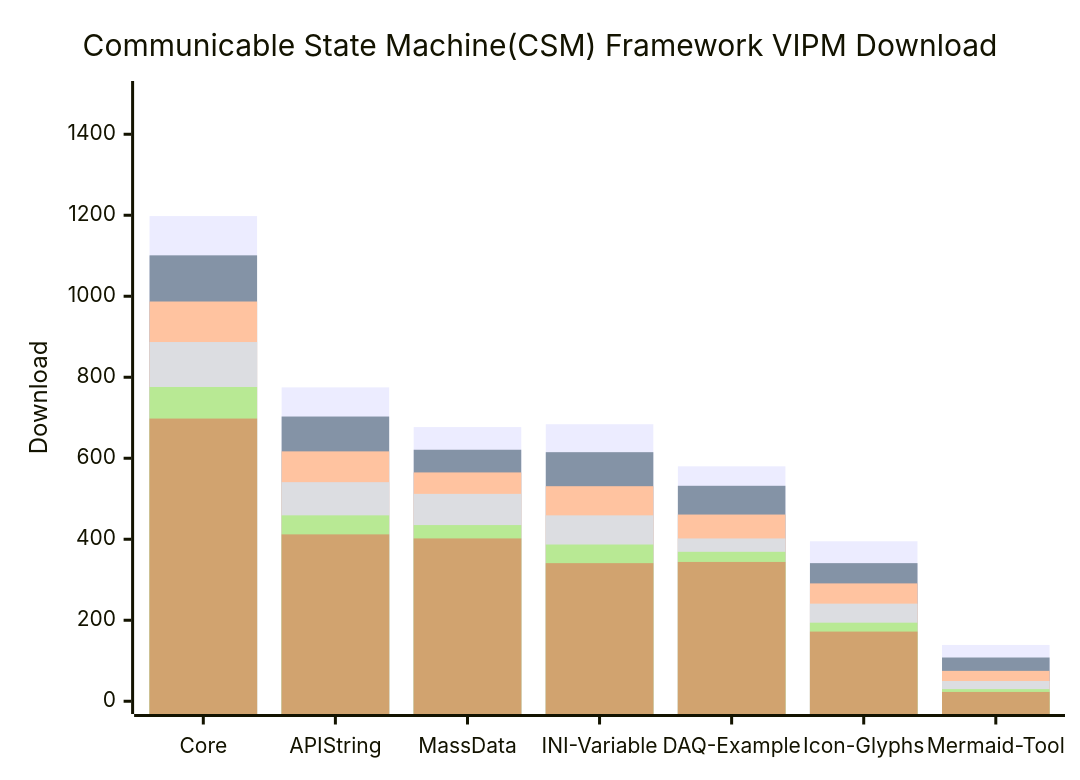
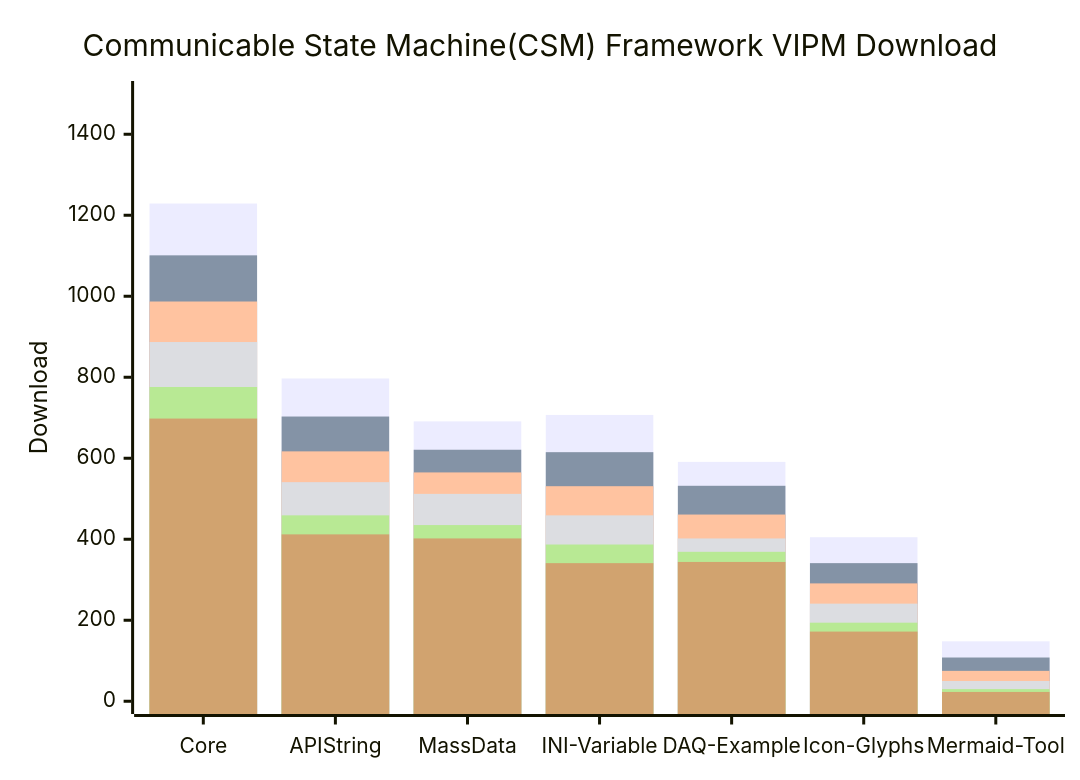
One commit to NEVSTOP-LAB/.github changed the diagram in profile/README.md. Above: the diagram before and after it, drawn with Mermaid.

````diff
--- a/profile/README.md
+++ b/profile/README.md
@@ -31,12 +31,12 @@
 ```mermaid
     xychart-beta
     title "Communicable State Machine(CSM) Framework VIPM Download"
     x-axis [Core, API String, MassData, INI-Variable, DAQ-Example, Icon-Glyphs, Mermaid-Tool]
     y-axis "Download" 0 --> 1500
-    bar   [1198, 775, 677, 684, 580, 395, 139]
+    bar   [1229, 797, 691, 707, 591, 405, 148]
     bar   [1101, 703, 621, 615, 532, 341, 108]
     bar   [987, 617, 565, 531, 461, 291, 75]
     bar   [887, 541, 512, 459, 402, 241, 50]
     bar   [776, 459, 435, 387, 369, 194, 30]
     bar   [698, 412, 402, 341, 344, 172, 23]
 ```
````
